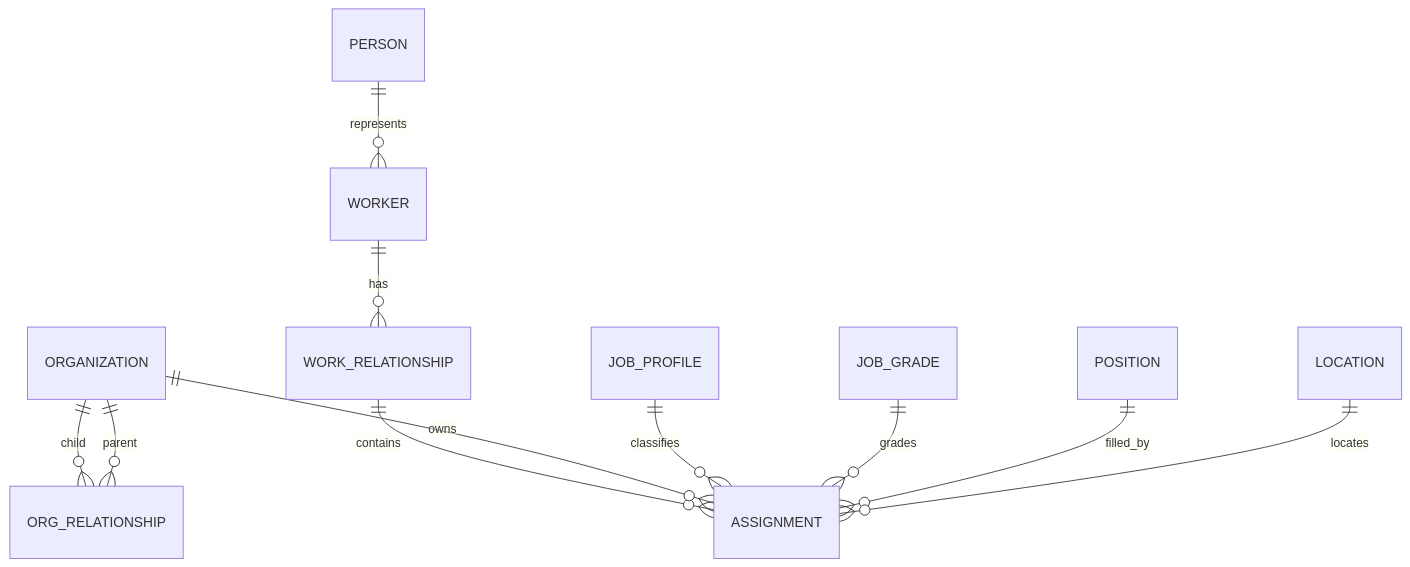
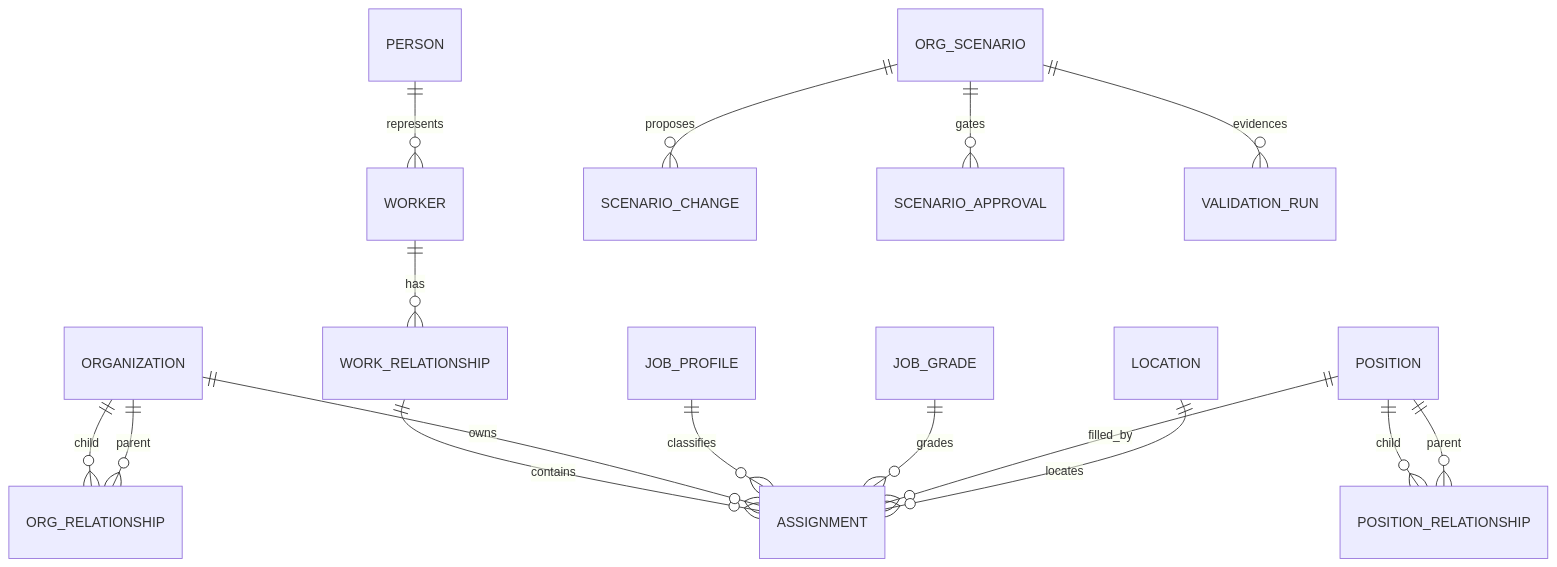
The diagram in docs/03-architecture/R1 Effective Organization Graph 및 People Directory ADR.md (choijoonbin/dwp-frontend), drawn with Mermaid before and after one commit. The commit also changed other lines of this file and 24 other files, not shown here.

````diff
--- a/docs/03-architecture/R1 Effective Organization Graph 및 People Directory ADR.md
+++ b/docs/03-architecture/R1 Effective Organization Graph 및 People Directory ADR.md
@@ -42,13 +52,18 @@
 ```mermaid
 erDiagram
     PERSON ||--o{ WORKER : represents
     WORKER ||--o{ WORK_RELATIONSHIP : has
     WORK_RELATIONSHIP ||--o{ ASSIGNMENT : contains
     ORGANIZATION ||--o{ ASSIGNMENT : owns
     ORGANIZATION ||--o{ ORG_RELATIONSHIP : child
     ORGANIZATION ||--o{ ORG_RELATIONSHIP : parent
     JOB_PROFILE ||--o{ ASSIGNMENT : classifies
     JOB_GRADE ||--o{ ASSIGNMENT : grades
     POSITION ||--o{ ASSIGNMENT : filled_by
+    POSITION ||--o{ POSITION_RELATIONSHIP : child
+    POSITION ||--o{ POSITION_RELATIONSHIP : parent
     LOCATION ||--o{ ASSIGNMENT : locates
+    ORG_SCENARIO ||--o{ SCENARIO_CHANGE : proposes
+    ORG_SCENARIO ||--o{ SCENARIO_APPROVAL : gates
+    ORG_SCENARIO ||--o{ VALIDATION_RUN : evidences
 ```
````
